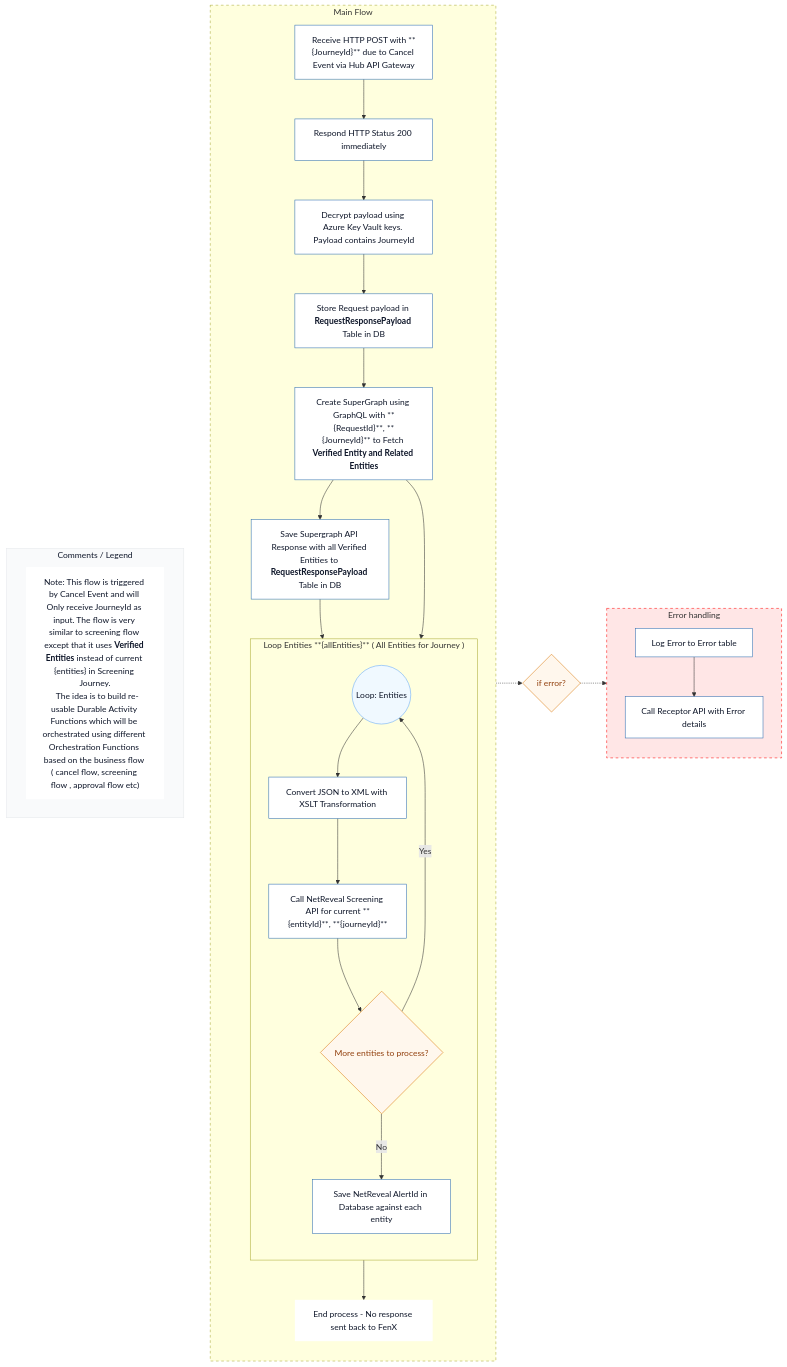
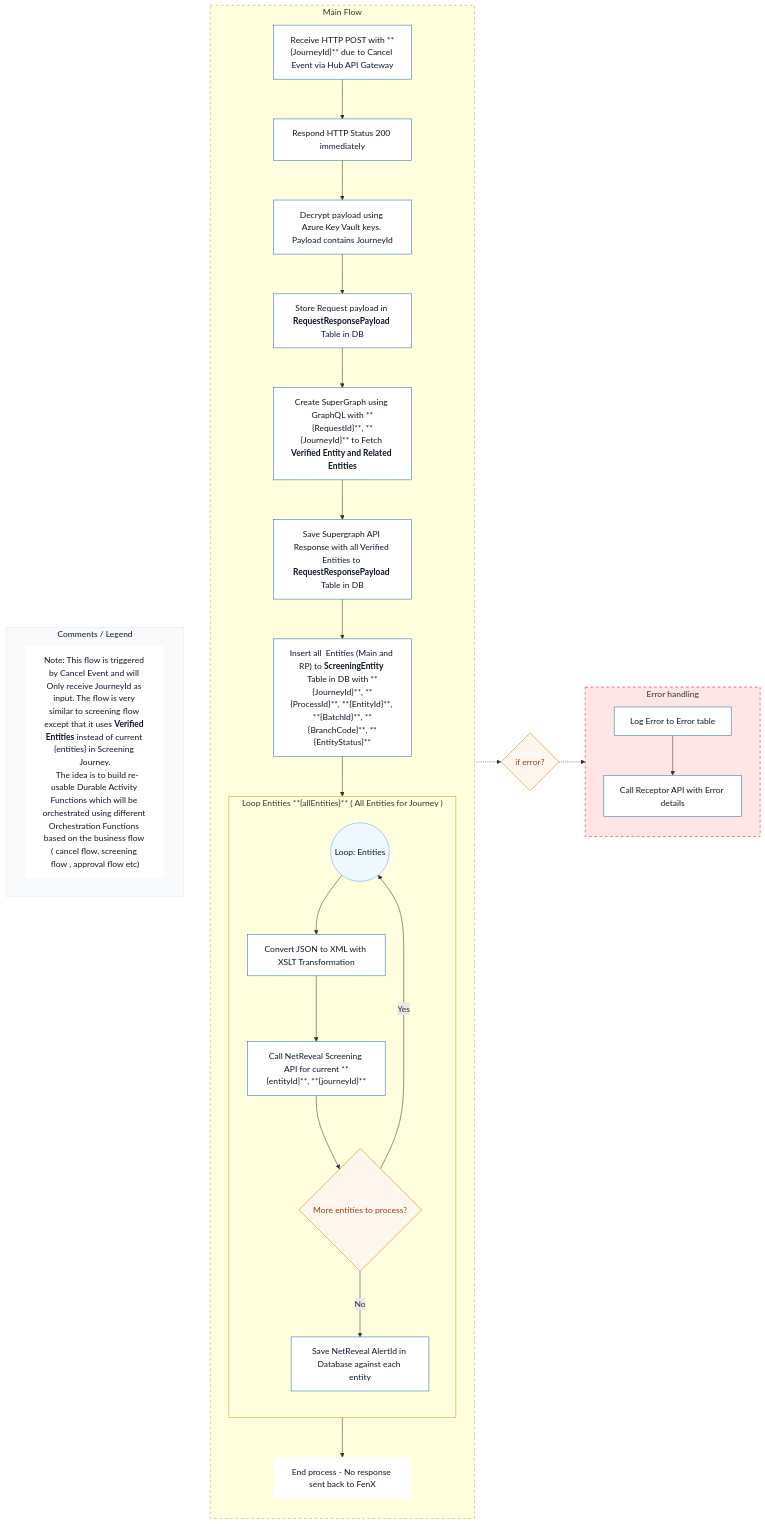
Before and after one commit to jojokoshy/Architecture_Diagrams_Python_AI: the diagram in Arch_Diagrams/v2/cancelflow.mmd, drawn with Mermaid.

Commit message:
Update cancel flow diagram: enhance entity handling by inserting entities into ScreeningEntity table and refining flow connections

```diff
--- a/Arch_Diagrams/v2/cancelflow.mmd
+++ b/Arch_Diagrams/v2/cancelflow.mmd
@@ -1,56 +1,58 @@
 %%{init: {"theme":"default","themeVariables": {"background":"#ffffff","fontSize":"14"}}}%%
 flowchart LR
 
 subgraph Comments [Comments / Legend]
   direction LR
   style Comments fill:#f9fafb,stroke:#e5e7eb,color:#0f172a,stroke-width:1px;
   note1["Note: This flow is triggered by Cancel Event and will Only receive JourneyId as input. The flow is very similar to screening flow except that it uses <b>Verified Entities</b> instead of current {entities} in Screening Journey.
   The idea is to build re-usable Durable Activity Functions which will be orchestrated using different Orchestration Functions based on the business flow ( cancel flow, screening flow , approval flow etc)"]:::footer
 end
 
 %% Shared styles (matching AlertsFlow)
 classDef step fill:#ffffff,stroke:#2b6cb0,color:#0f172a,stroke-width:1px;
 classDef decision fill:#fff7ed,stroke:#d97706,color:#92400e,stroke-width:1px;
 classDef loop fill:#f0f9ff,stroke:#60a5fa,color:#0f172a,stroke-width:1px;
 classDef footer fill:#ffffff,stroke:none,color:#0f172a;
 subgraph MainFlow [Main Flow]
    direction TB
   A["Receive HTTP POST with **{JourneyId}** due to Cancel Event via Hub API Gateway"]:::step --> B["Respond HTTP Status 200 immediately"]:::step
   B --> C["Decrypt payload using Azure Key Vault keys. Payload contains JourneyId"]:::step
   C --> D["Store Request payload in <b>RequestResponsePayload</b> Table in DB"]:::step
   D --> E["Create SuperGraph using GraphQL with **{RequestId}**, **{JourneyId}** to Fetch <b>Verified Entity and Related Entities</b>"]:::step
   E --> SaveEntitiesToDB["Save Supergraph API Response with all Verified Entities to <b>RequestResponsePayload</b> Table in DB"]:::step
-  SaveEntitiesToDB --> LoopStart(("Loop: Entities")):::loop
-  E --> LoopStart(("Loop: Entities")):::loop
-
+  SaveEntitiesToDB --> SaveEntitiesToScreeningEntityTable["Insert all  Entities (Main and RP) to <b>ScreeningEntity</b> Table in DB with **{JourneyId}**, **{ProcessId}**, **{EntityId}**, **{BatchId}**, **{BranchCode}**, **{EntityStatus}**"]:::step
+  
+  SaveEntitiesToScreeningEntityTable --> LoopStart(("Loop: Entities")):::loop
+  %%E --> LoopStart(("Loop: Entities")):::loop
+  
   subgraph EntitiesLoop ["Loop  Entities **{allEntities}**  ( All Entities for Journey  )"]
     direction TB
     LoopStart --> XMLConvert["Convert JSON to XML with XSLT Transformation"]:::step
     XMLConvert --> N["Call NetReveal Screening API for current **{entityId}**, **{journeyId}**"]:::step
     N --> Q{"More entities to process?"}:::decision
     Q -- Yes --> LoopStart
     Q -- No --> O["Save NetReveal AlertId in Database against each entity"]:::step
   end
 
   O --> P["End process - No response sent back to FenX"]:::footer
 end
 
 style MainFlow stroke-dasharray: 5 5
 
 %% Decision between main and error blocks
 IfError{"if error?"}:::decision
 
 %% Error handling block to the right
 subgraph ErrorHandler [Error handling]
   direction TB
   EH1["Log Error to Error table"]:::step
   EH2["Call Receptor API with Error details"]:::step
   EH1 --> EH2
 end
 
 style ErrorHandler fill:#ffe6e6,stroke:#ff0000,stroke-dasharray: 5 5
 
 %% Connections: only between blocks (not individual nodes)
 Comments ~~~MainFlow
 MainFlow -.-> IfError
 IfError -.-> ErrorHandler
```
